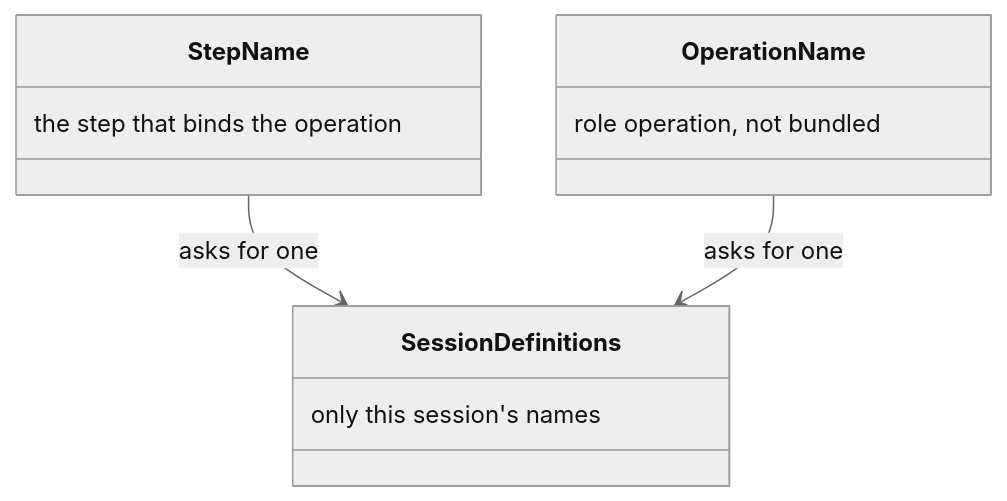
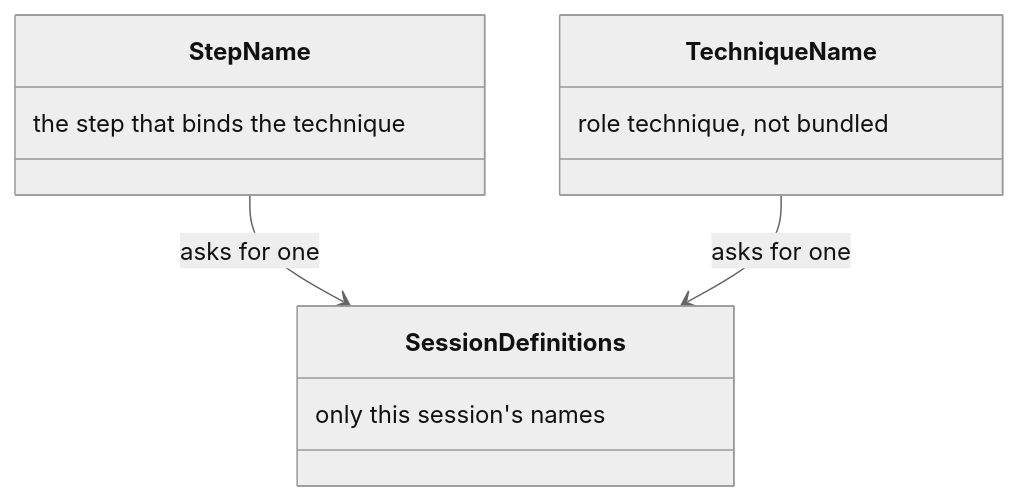
Before and after one commit to m2ux/workflow-server: the tenth of 26 diagrams in docs/delivery.md, drawn with Mermaid (neutral theme). The commit also changed other lines of this file and 3 other files, not shown here.

Commit message:
Name a bound file a technique, and keep operation for a tool call.

````diff
--- a/docs/delivery.md
+++ b/docs/delivery.md
@@ -176,14 +176,14 @@
 ```mermaid
 classDiagram
   class StepName {
-    the step that binds the operation
+    the step that binds the technique
   }
-  class OperationName {
-    role operation, not bundled
+  class TechniqueName {
+    role technique, not bundled
   }
   class SessionDefinitions {
     only this session's names
   }
   StepName --> SessionDefinitions : asks for one
-  OperationName --> SessionDefinitions : asks for one
+  TechniqueName --> SessionDefinitions : asks for one
 ```
````
